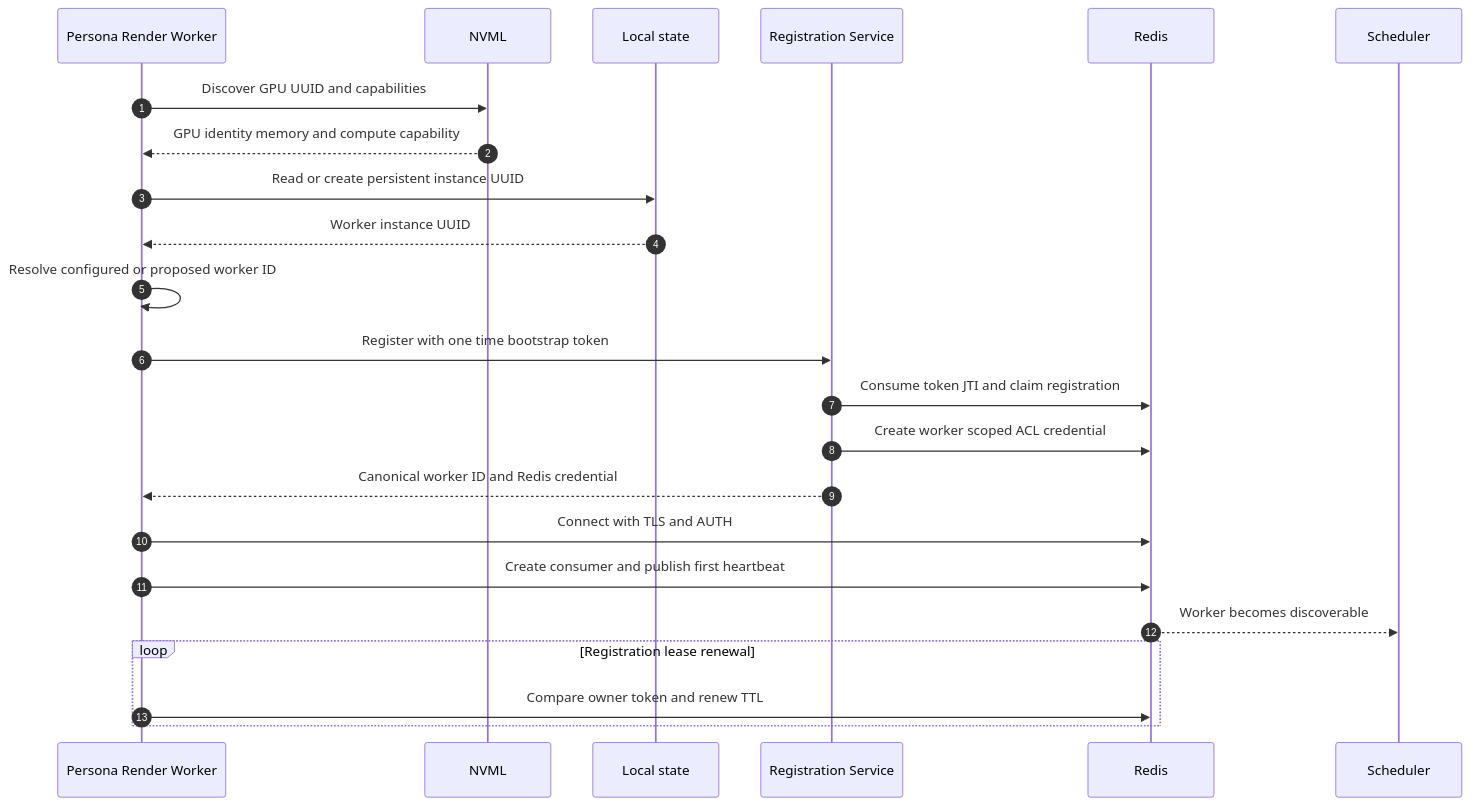
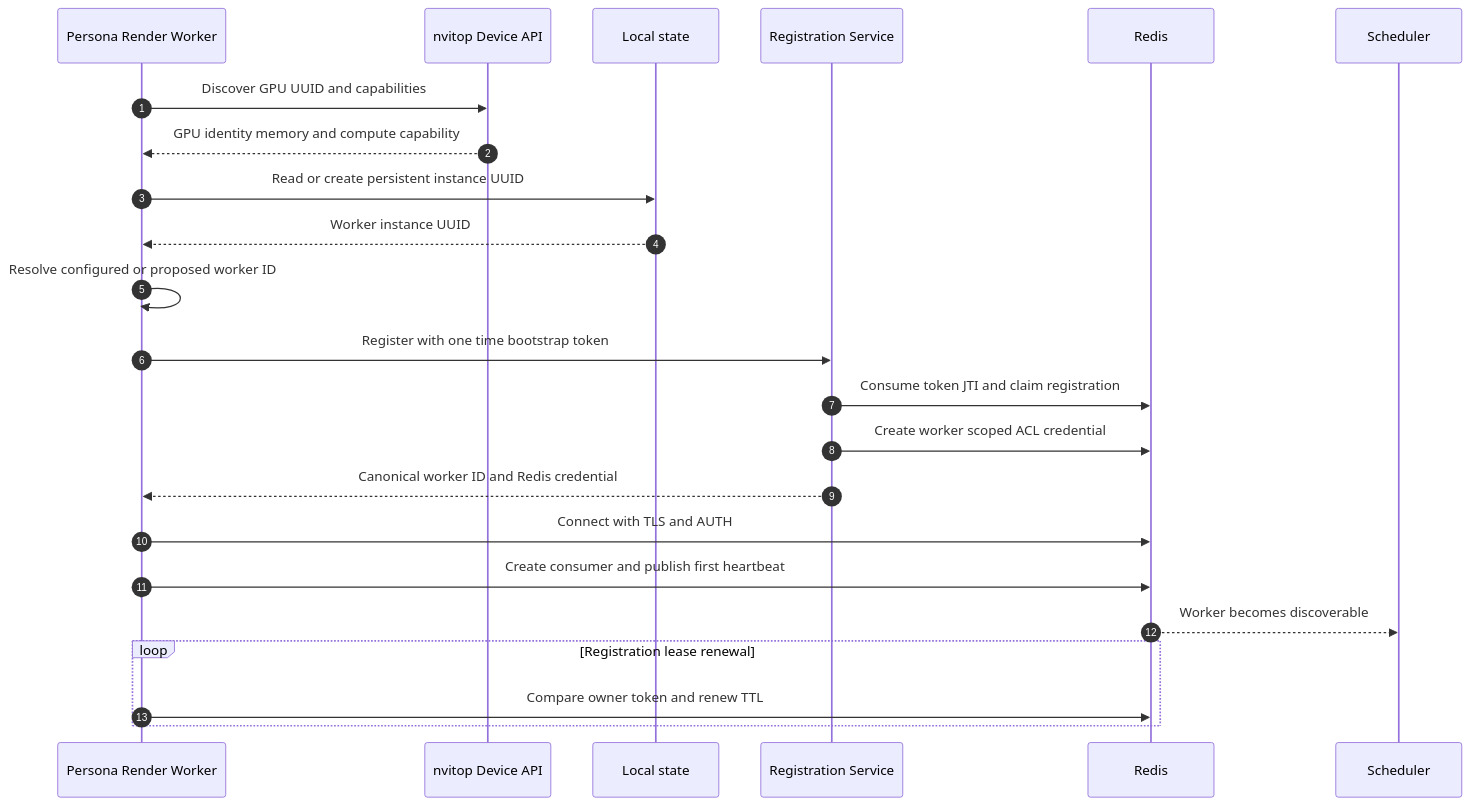
The ninth of 14 diagrams in docs/tts-avatar-render-flow.md (thinhphan97/PersonaForge), drawn with Mermaid before and after one commit. The commit also changed other lines of this file and 3 other files, not shown here.

````diff
--- a/docs/tts-avatar-render-flow.md
+++ b/docs/tts-avatar-render-flow.md
@@ -536,27 +536,27 @@
 ```mermaid
 sequenceDiagram
     autonumber
     participant W as Persona Render Worker
-    participant N as NVML
+    participant N as nvitop Device API
     participant F as Local state
     participant E as Registration Service
     participant R as Redis
     participant S as Scheduler
 
     W->>N: Discover GPU UUID and capabilities
     N-->>W: GPU identity memory and compute capability
     W->>F: Read or create persistent instance UUID
     F-->>W: Worker instance UUID
     W->>W: Resolve configured or proposed worker ID
     W->>E: Register with one time bootstrap token
     E->>R: Consume token JTI and claim registration
     E->>R: Create worker scoped ACL credential
     E-->>W: Canonical worker ID and Redis credential
     W->>R: Connect with TLS and AUTH
     W->>R: Create consumer and publish first heartbeat
     R-->>S: Worker becomes discoverable
 
     loop Registration lease renewal
         W->>R: Compare owner token and renew TTL
     end
 ```
````
